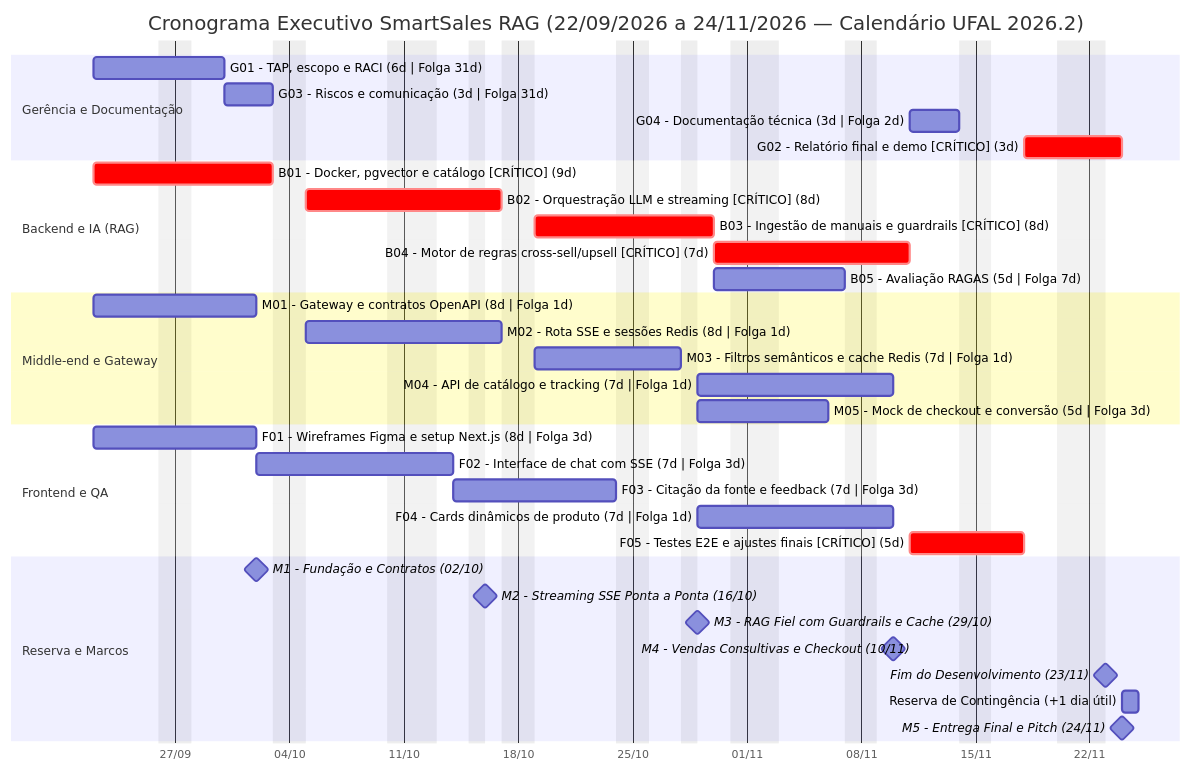
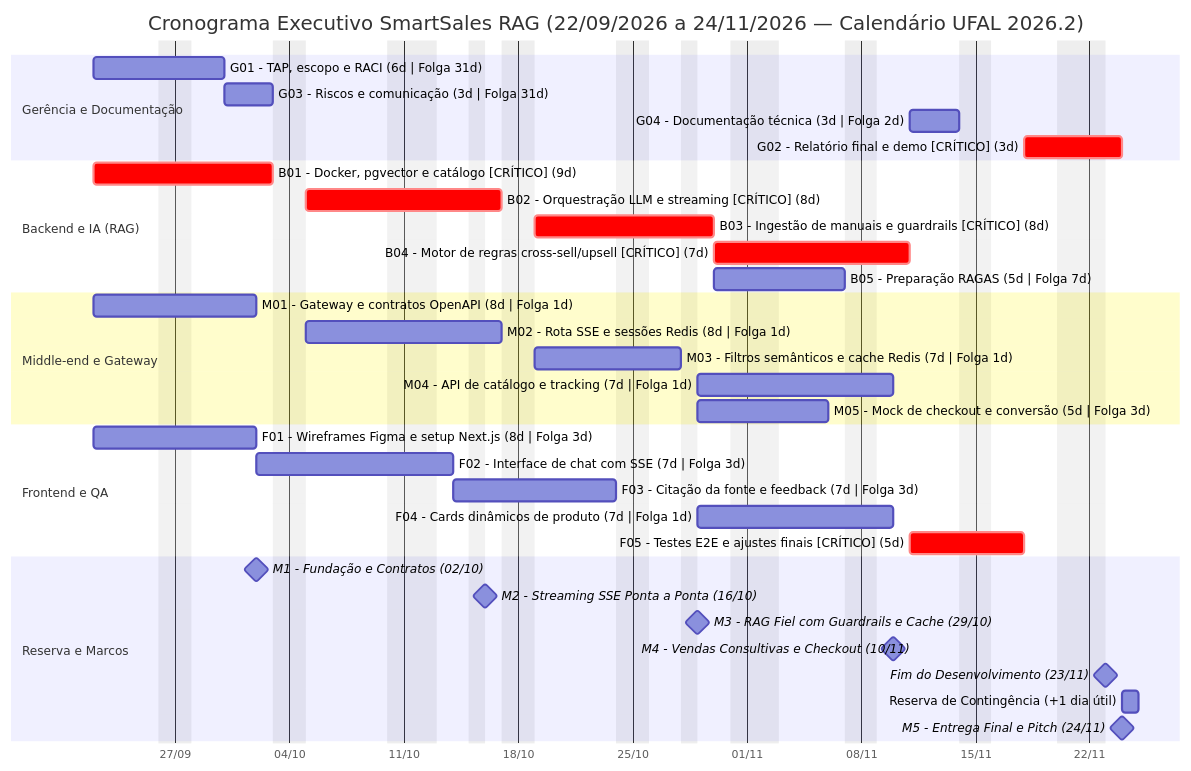
Before and after one commit to rodrigololr/smartsales_rag: the diagram in specs/diagrams_and_pm/08_cronograma_gantt.md, drawn with Mermaid. The commit also changed other lines of this file and 23 other files, not shown here.

````diff
--- a/specs/diagrams_and_pm/08_cronograma_gantt.md
+++ b/specs/diagrams_and_pm/08_cronograma_gantt.md
@@ -17,43 +17,43 @@
 ```mermaid
 gantt
     title Cronograma Executivo SmartSales RAG (22/09/2026 a 24/11/2026 — Calendário UFAL 2026.2)
     dateFormat YYYY-MM-DD
     axisFormat %d/%m
     excludes weekends, 2026-10-12, 2026-10-15, 2026-10-28, 2026-11-02, 2026-11-20
 
     section Gerência e Documentação
     G01 - TAP, escopo e RACI (6d | Folga 31d)          :g01, 2026-09-22, 6d
     G03 - Riscos e comunicação (3d | Folga 31d)        :g03, after g01, 3d
     G04 - Documentação técnica (3d | Folga 2d)         :g04, 2026-11-11, 3d
     G02 - Relatório final e demo [CRÍTICO] (3d)        :crit, g02, 2026-11-18, 3d
 
     section Backend e IA (RAG)
     B01 - Docker, pgvector e catálogo [CRÍTICO] (9d)   :crit, b01, 2026-09-22, 9d
     B02 - Orquestração LLM e streaming [CRÍTICO] (8d)  :crit, b02, 2026-10-05, 8d
     B03 - Ingestão de manuais e guardrails [CRÍTICO] (8d) :crit, b03, 2026-10-19, 8d
     B04 - Motor de regras cross-sell/upsell [CRÍTICO] (7d) :crit, b04, 2026-10-30, 7d
-    B05 - Avaliação RAGAS (5d | Folga 7d)              :b05, 2026-10-30, 5d
+    B05 - Preparação RAGAS (5d | Folga 7d)              :b05, 2026-10-30, 5d
 
     section Middle-end e Gateway
     M01 - Gateway e contratos OpenAPI (8d | Folga 1d)  :m01, 2026-09-22, 8d
     M02 - Rota SSE e sessões Redis (8d | Folga 1d)     :m02, 2026-10-05, 8d
     M03 - Filtros semânticos e cache Redis (7d | Folga 1d) :m03, 2026-10-19, 7d
     M04 - API de catálogo e tracking (7d | Folga 1d)   :m04, 2026-10-29, 7d
     M05 - Mock de checkout e conversão (5d | Folga 3d) :m05, 2026-10-29, 5d
 
     section Frontend e QA
     F01 - Wireframes Figma e setup Next.js (8d | Folga 3d) :f01, 2026-09-22, 8d
     F02 - Interface de chat com SSE (7d | Folga 3d)    :f02, 2026-10-02, 7d
     F03 - Citação da fonte e feedback (7d | Folga 3d)  :f03, 2026-10-14, 7d
     F04 - Cards dinâmicos de produto (7d | Folga 1d)   :f04, 2026-10-29, 7d
     F05 - Testes E2E e ajustes finais [CRÍTICO] (5d)   :crit, f05, 2026-11-11, 5d
 
     section Reserva e Marcos
     M1 - Fundação e Contratos (02/10)                  :milestone, m_1, 2026-10-02, 0d
     M2 - Streaming SSE Ponta a Ponta (16/10)           :milestone, m_2, 2026-10-16, 0d
     M3 - RAG Fiel com Guardrails e Cache (29/10)       :milestone, m_3, 2026-10-29, 0d
     M4 - Vendas Consultivas e Checkout (10/11)         :milestone, m_4, 2026-11-10, 0d
     Fim do Desenvolvimento (23/11)                     :milestone, m_dev, 2026-11-23, 0d
     Reserva de Contingência (+1 dia útil)              :res, 2026-11-24, 1d
     M5 - Entrega Final e Pitch (24/11)                 :milestone, m_5, 2026-11-24, 0d
 ```
````
